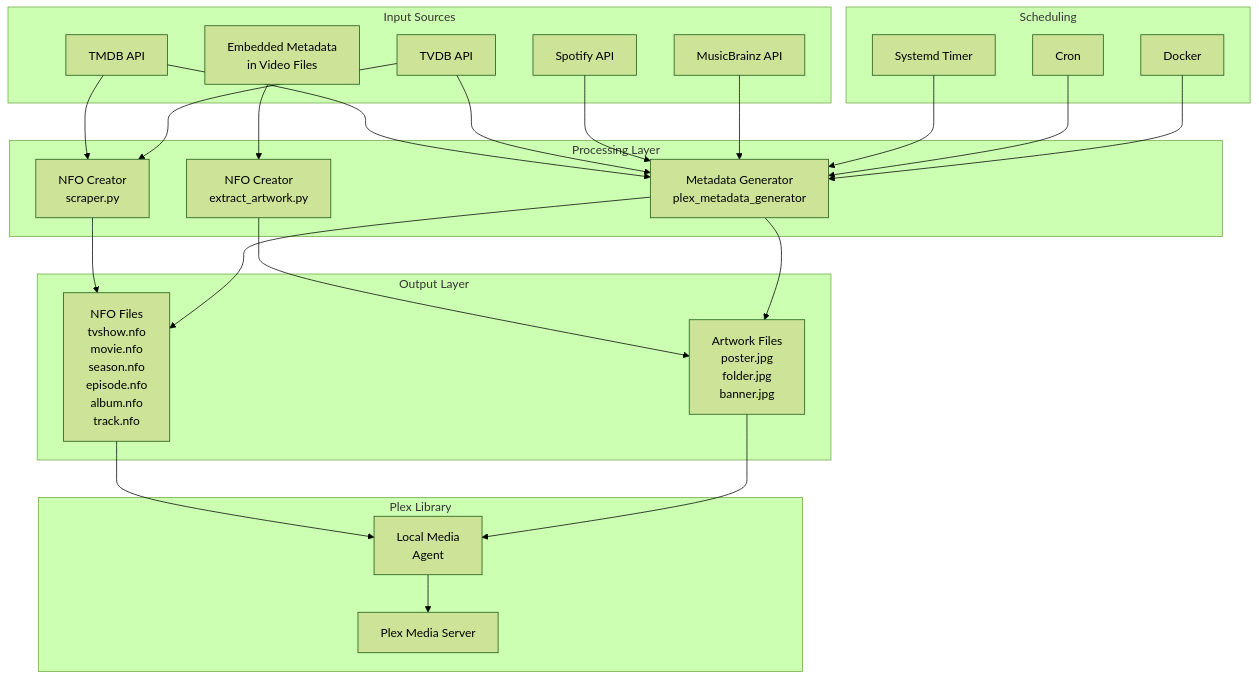
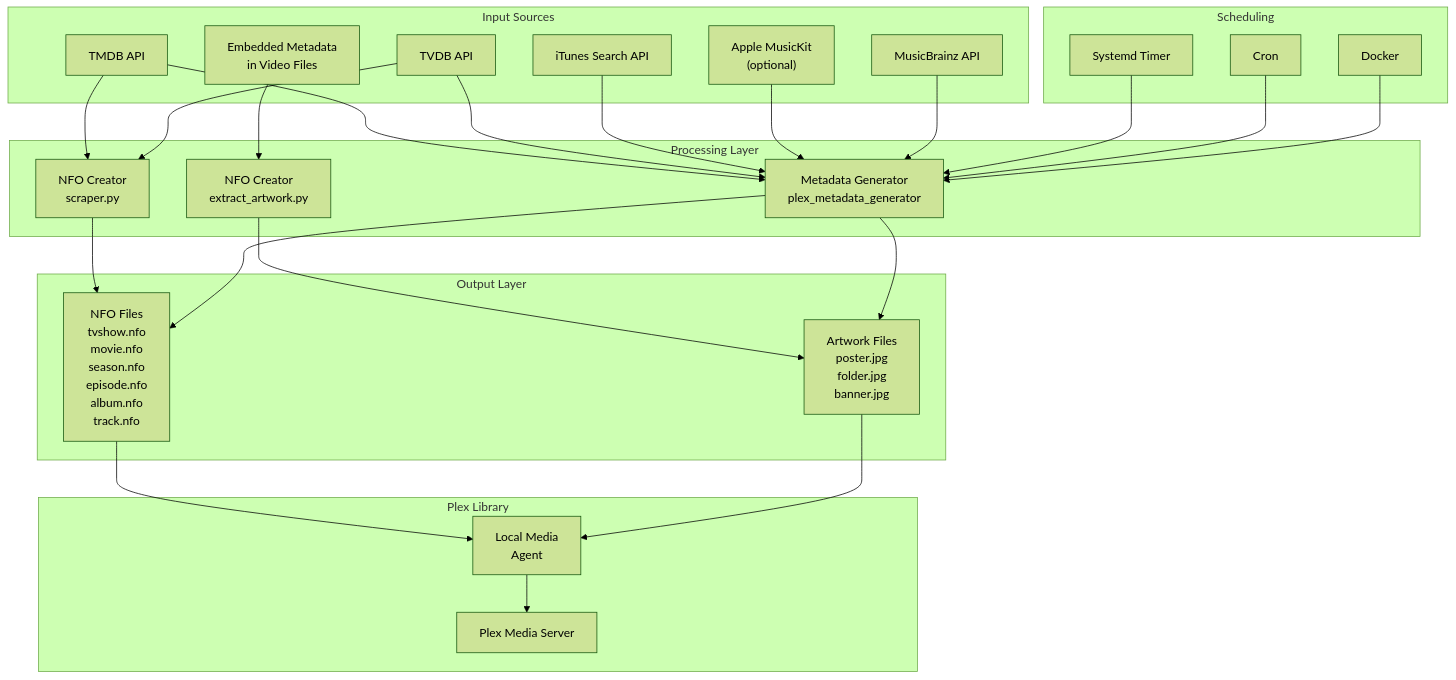
One commit to roto31/Plex-NFO-creator-and-Poster-Art-creator changed the first of 15 diagrams in docs/WORKFLOWS_AND_DIAGRAMS.md. Above: the diagram before and after it, drawn with Mermaid (forest theme). The commit also changed other lines of this file and 7 other files, not shown here.

First line of the commit message:
docs: complete Spotify → iTunes/MusicKit sweep and update extract_artwork docs

````diff
--- a/docs/WORKFLOWS_AND_DIAGRAMS.md
+++ b/docs/WORKFLOWS_AND_DIAGRAMS.md
@@ -5,53 +5,55 @@
 ```mermaid
 graph TB
     subgraph "Input Sources"
         A1["TMDB API"]
         A2["TVDB API"]
-        A3["Spotify API"]
+        A3["iTunes Search API"]
+        A3b["Apple MusicKit<br/>(optional)"]
         A4["MusicBrainz API"]
         A5["Embedded Metadata<br/>in Video Files"]
     end
     
     subgraph "Processing Layer"
         B1["NFO Creator<br/>scraper.py"]
         B2["NFO Creator<br/>extract_artwork.py"]
         B3["Metadata Generator<br/>plex_metadata_generator"]
     end
     
     subgraph "Output Layer"
         C1["NFO Files<br/>tvshow.nfo<br/>movie.nfo<br/>season.nfo<br/>episode.nfo<br/>album.nfo<br/>track.nfo"]
         C2["Artwork Files<br/>poster.jpg<br/>folder.jpg<br/>banner.jpg"]
     end
     
     subgraph "Plex Library"
         D1["Plex Media Server"]
         D2["Local Media<br/>Agent"]
     end
     
     subgraph "Scheduling"
         E1["Systemd Timer"]
         E2["Cron"]
         E3["Docker"]
     end
     
     A1 --> B1
     A1 --> B3
     A2 --> B1
     A2 --> B3
     A3 --> B3
+    A3b --> B3
     A4 --> B3
     A5 --> B2
     
     B1 --> C1
     B2 --> C2
     B3 --> C1
     B3 --> C2
     
     C1 --> D2
     C2 --> D2
     D2 --> D1
     
     E1 --> B3
     E2 --> B3
     E3 --> B3
 ```
````
